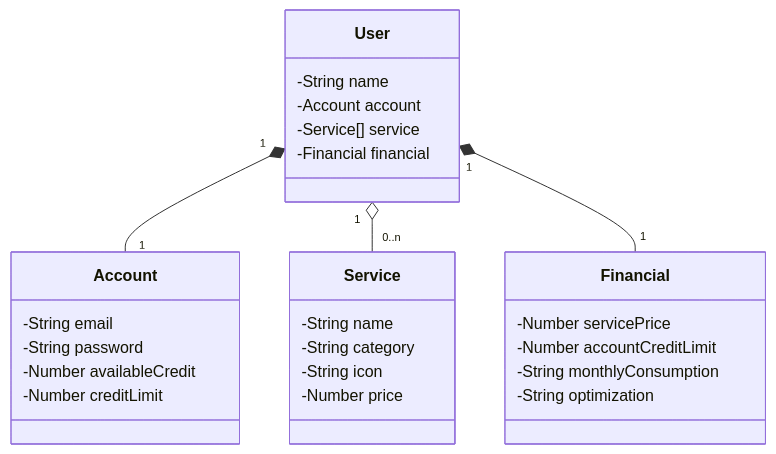
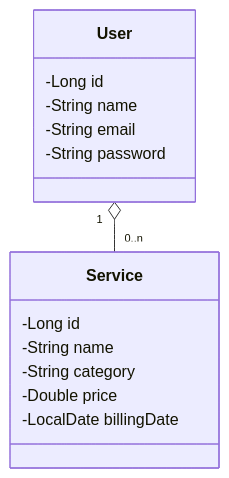
The diagram in README.md (Guilherme23k/StreamWise), drawn with Mermaid before and after one commit.

````diff
--- a/README.md
+++ b/README.md
@@ -7,35 +7,22 @@
 ```mermaid
 classDiagram
     class User {
+      -Long id
       -String name
-      -Account account
-      -Service[] service
-      -Financial financial
-    }
-    
-    class Account {
       -String email
       -String password
-      -Number availableCredit
-      -Number creditLimit
     }
     
     class Service {
+      -Long id
       -String name
       -String category
-      -String icon
-      -Number price
+      -Double price
+      -LocalDate billingDate
     }
 
-    class Financial {
-      -Number servicePrice
-      -Number accountCreditLimit
-      -String monthlyConsumption
-      -String optimization
-    }
+    User "1" o-- "0..n" Service
+    
 
-    User "1" *-- "1" Account
-    User "1" o-- "0..n" Service
-    User "1" *-- "1" Financial
     
 ```
````
